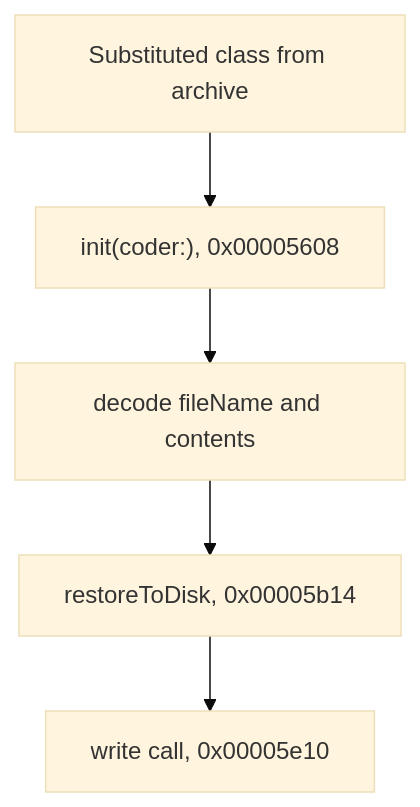
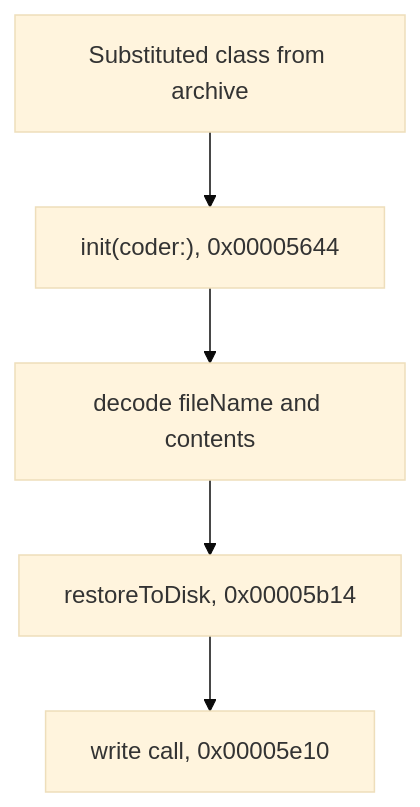
One commit to OWASP/mastg changed the second of 2 diagrams in demos/ios/MASVS-CODE/MASTG-DEMO-0x01/MASTG-DEMO-0x01.md. Above: the diagram before and after it, drawn with Mermaid (base theme). The commit also changed other lines of this file and 4 other files, not shown here.

````diff
--- a/demos/ios/MASVS-CODE/MASTG-DEMO-0x01/MASTG-DEMO-0x01.md
+++ b/demos/ios/MASVS-CODE/MASTG-DEMO-0x01/MASTG-DEMO-0x01.md
@@ -79,7 +82,7 @@
 ```mermaid
 flowchart TD
-    A["Substituted class from archive"] --> B["init(coder:), 0x00005608"]
+    A["Substituted class from archive"] --> B["init(coder:), 0x00005644"]
     B --> C["decode fileName and contents"]
     C --> D["restoreToDisk, 0x00005b14"]
     D --> E["write call, 0x00005e10"]
 ```
````
